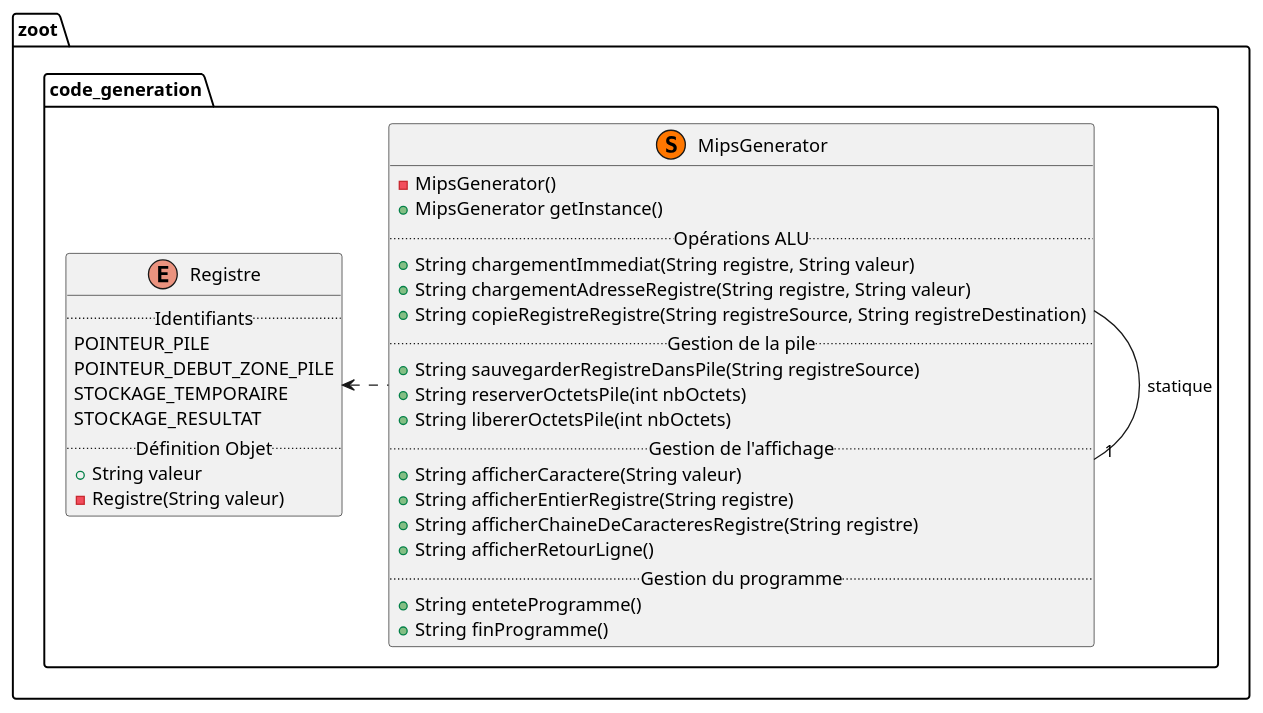
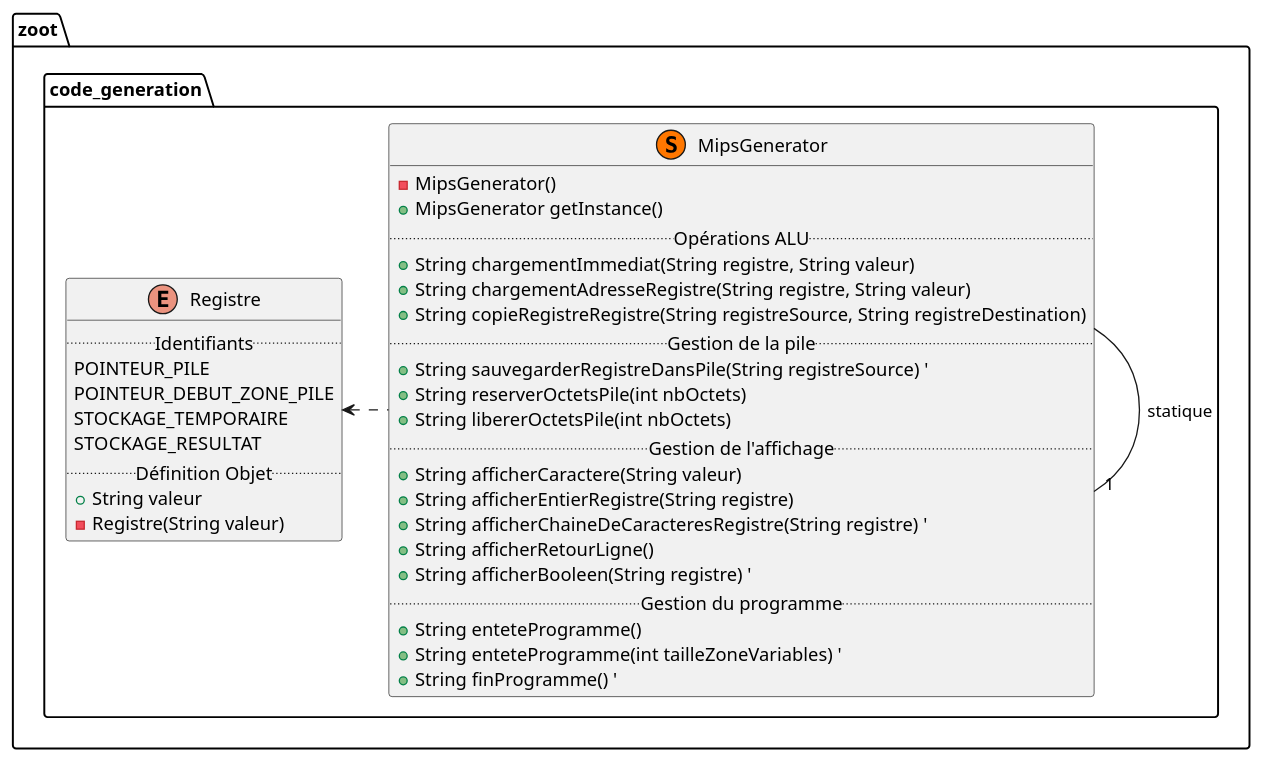
One commit to lmtb06/zoot changed the diagram in diagrammes/classe/code_generation.puml. Above: the diagram before and after it, drawn with PlantUML. The commit also changed 5 other files, not shown here.

```diff
--- a/diagrammes/classe/code_generation.puml
+++ b/diagrammes/classe/code_generation.puml
@@ -1,43 +1,45 @@
 @startuml "Package code_generation"
 
 namespace zoot.code_generation {
     ' Includes
     ' Classes
     enum Registre{
         .. Identifiants ..
         POINTEUR_PILE
         POINTEUR_DEBUT_ZONE_PILE
         STOCKAGE_TEMPORAIRE
         STOCKAGE_RESULTAT
         .. Définition Objet ..
         + String valeur
         - Registre(String valeur)
     }
 
     class MipsGenerator << (S,#FF7700) >> {
         - MipsGenerator()
         + MipsGenerator getInstance()
         .. Opérations ALU ..
         + String chargementImmediat(String registre, String valeur)
         + String chargementAdresseRegistre(String registre, String valeur)
         + String copieRegistreRegistre(String registreSource, String registreDestination)
         .. Gestion de la pile ..
-        + String sauvegarderRegistreDansPile(String registreSource)
+        + String sauvegarderRegistreDansPile(String registreSource) '
         + String reserverOctetsPile(int nbOctets)
         + String libererOctetsPile(int nbOctets)
         .. Gestion de l'affichage ..
         + String afficherCaractere(String valeur)
         + String afficherEntierRegistre(String registre)
-        + String afficherChaineDeCaracteresRegistre(String registre)
+        + String afficherChaineDeCaracteresRegistre(String registre) '
         + String afficherRetourLigne()
+        + String afficherBooleen(String registre) '
         .. Gestion du programme ..
         + String enteteProgramme()
-        + String finProgramme()
+        + String enteteProgramme(int tailleZoneVariables) '
+        + String finProgramme() '
     }
 
     ' Relations entre les classes
     MipsGenerator -right-"1" MipsGenerator : statique
     MipsGenerator .left.> Registre
 
 }
 @enduml
```
